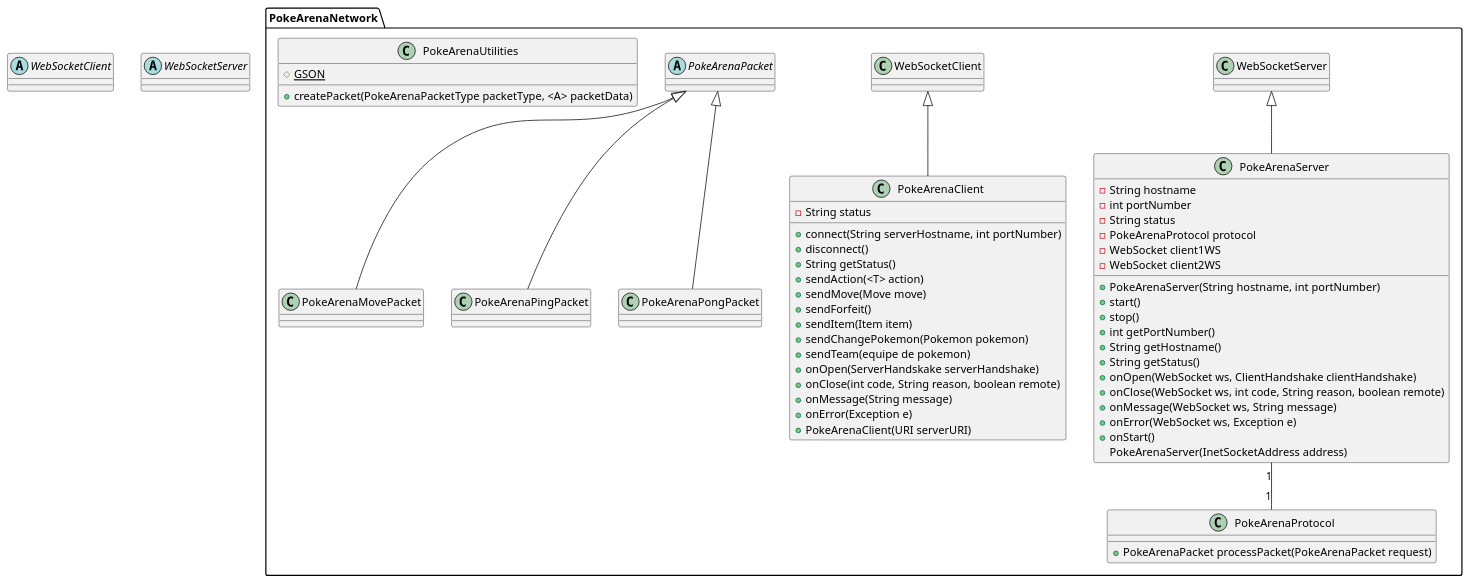
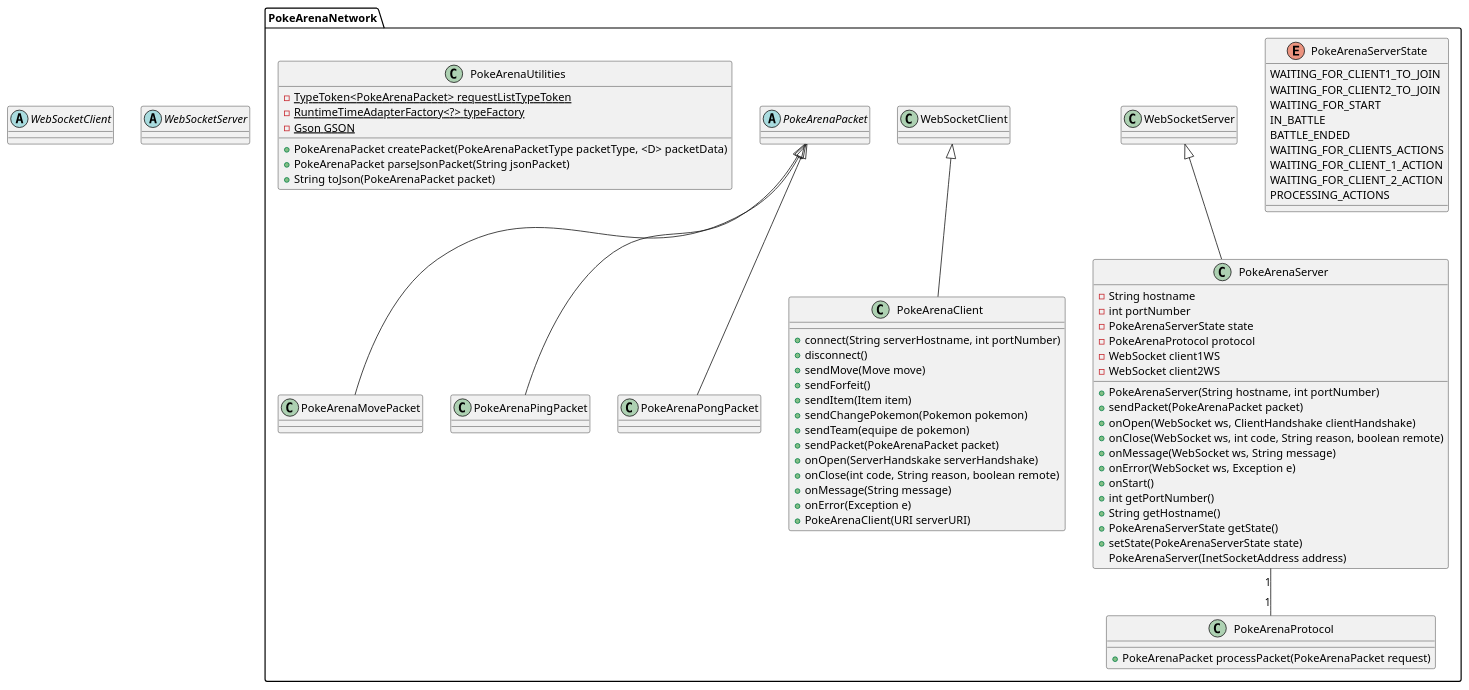
Before and after one commit to greenananas/PokeArena: the diagram in PokeArenaNetwork/PokeArenaNetwork-Class-Diagram.puml, drawn with PlantUML. The commit also changed 3 other files, not shown here.

Commit message:
Javadoc, UML et envoie de paquet depuis le client

```diff
--- a/PokeArenaNetwork/PokeArenaNetwork-Class-Diagram.puml
+++ b/PokeArenaNetwork/PokeArenaNetwork-Class-Diagram.puml
@@ -1,66 +1,80 @@
 @startuml
 'https://plantuml.com/sequence-diagram
 
 abstract WebSocketClient {}
 abstract WebSocketServer {}
 
 package PokeArenaNetwork {
 
+enum PokeArenaServerState {
+    WAITING_FOR_CLIENT1_TO_JOIN
+    WAITING_FOR_CLIENT2_TO_JOIN
+    WAITING_FOR_START
+    IN_BATTLE
+    BATTLE_ENDED
+    WAITING_FOR_CLIENTS_ACTIONS
+    WAITING_FOR_CLIENT_1_ACTION
+    WAITING_FOR_CLIENT_2_ACTION
+    PROCESSING_ACTIONS
+}
+
 class PokeArenaServer extends WebSocketServer {
 -String hostname
 -int portNumber
--String status
+-PokeArenaServerState state
 -PokeArenaProtocol protocol
 -WebSocket client1WS
 -WebSocket client2WS
 +PokeArenaServer(String hostname, int portNumber)
-+start()
-+stop()
-+int getPortNumber()
-+String getHostname()
-+String getStatus()
++sendPacket(PokeArenaPacket packet)
 +onOpen(WebSocket ws, ClientHandshake clientHandshake)
 +onClose(WebSocket ws, int code, String reason, boolean remote)
 +onMessage(WebSocket ws, String message)
 +onError(WebSocket ws, Exception e)
 +onStart()
++int getPortNumber()
++String getHostname()
++PokeArenaServerState getState()
++setState(PokeArenaServerState state)
 PokeArenaServer(InetSocketAddress address)
 }
 
 PokeArenaServer "1" -- "1" PokeArenaProtocol
 
 class PokeArenaClient extends WebSocketClient {
--String status
 +connect(String serverHostname, int portNumber)
 +disconnect()
-+String getStatus()
-+sendAction(<T> action)
 +sendMove(Move move)
 +sendForfeit()
 +sendItem(Item item)
 +sendChangePokemon(Pokemon pokemon)
 +sendTeam(equipe de pokemon)
++sendPacket(PokeArenaPacket packet)
 +onOpen(ServerHandskake serverHandshake)
 +onClose(int code, String reason, boolean remote)
 +onMessage(String message)
 +onError(Exception e)
 +PokeArenaClient(URI serverURI)
 }
 
 class PokeArenaProtocol{
     +PokeArenaPacket processPacket(PokeArenaPacket request)
 }
 
 abstract PokeArenaPacket {
 }
 
 class PokeArenaMovePacket extends PokeArenaPacket
 class PokeArenaPingPacket extends PokeArenaPacket
 class PokeArenaPongPacket extends PokeArenaPacket
 
 class PokeArenaUtilities {
-#{static}GSON
-+createPacket(PokeArenaPacketType packetType, <A> packetData)
+-{static}TypeToken<PokeArenaPacket> requestListTypeToken
+-{static}RuntimeTimeAdapterFactory<?> typeFactory
+-{static}Gson GSON
++PokeArenaPacket createPacket(PokeArenaPacketType packetType, <D> packetData)
++PokeArenaPacket parseJsonPacket(String jsonPacket)
++String toJson(PokeArenaPacket packet)
 }
 
 @enduml
```
